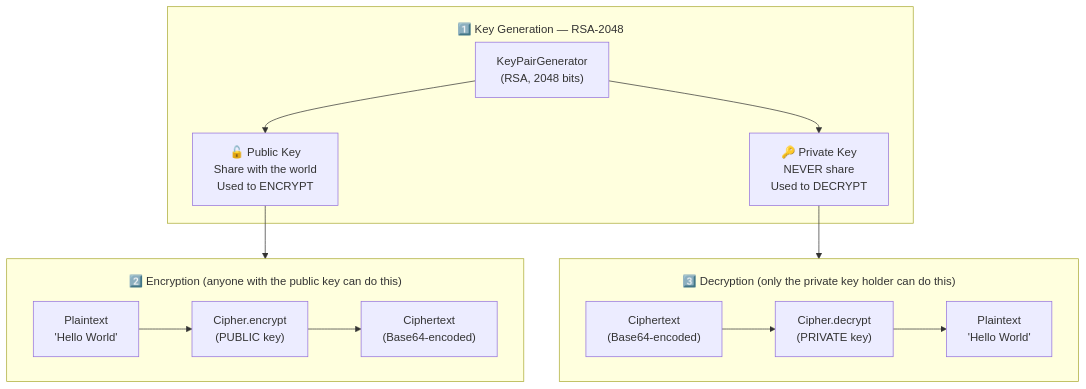
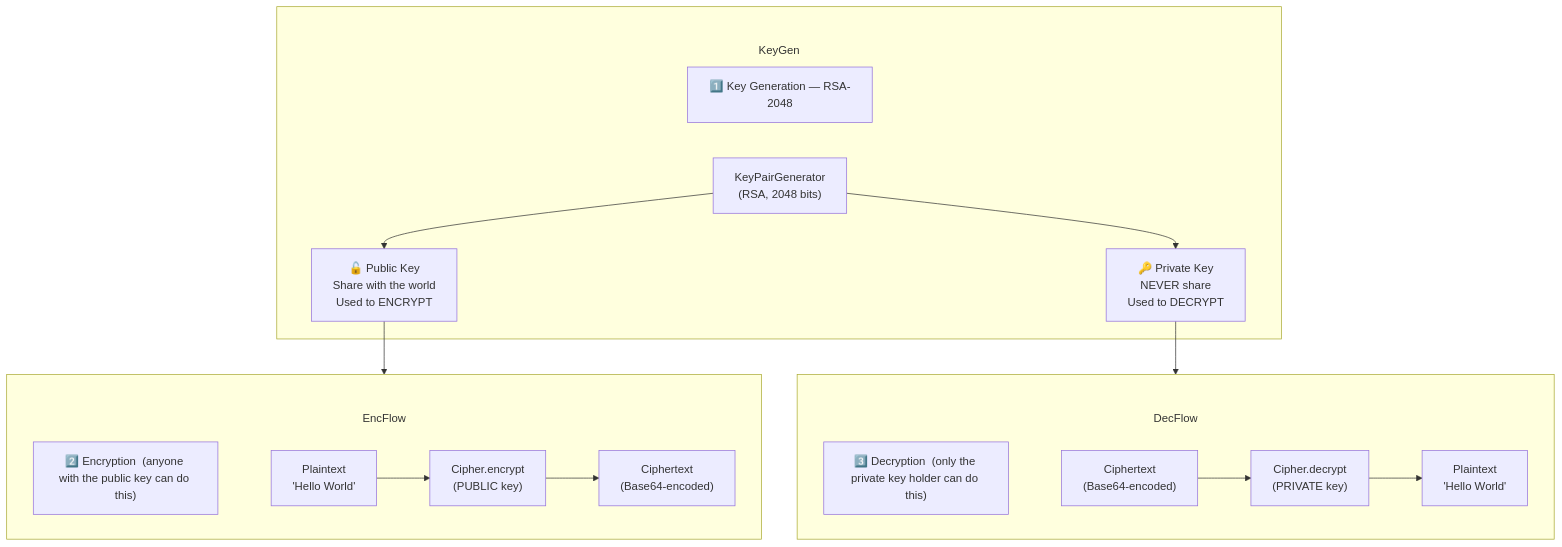
Before and after one commit to csoares/SecurityJava: the first of 3 diagrams in src/main/java/security/encryption/asymmetric/README.md, drawn with Mermaid. The commit also changed 11 other files, not shown here.

Commit message:
Fix Mermaid subgraph title overlap by moving labels into title nodes Replace subgraph label syntax (which overlaps first node) with explicit title nodes inside each subgraph, connected via invisible edges (~~~). Also increase subGraphTitleMargin top padding from 20 to 50 for extra space.

````diff
--- a/src/main/java/security/encryption/asymmetric/README.md
+++ b/src/main/java/security/encryption/asymmetric/README.md
@@ -16,28 +16,34 @@
 ```mermaid
-%%{init: {'flowchart': {'subGraphTitleMargin': {'top': 20, 'bottom': 5}}}}%%
+%%{init: {'flowchart': {'subGraphTitleMargin': {'top': 50, 'bottom': 10}}}}%%
 flowchart TD
-    subgraph KeyGen ["1️⃣ Key Generation — RSA-2048"]
+    subgraph KeyGen
+        T_KeyGen["1️⃣ Key Generation — RSA-2048"]
+        T_KeyGen ~~~ KPG
         KPG["KeyPairGenerator<br/>(RSA, 2048 bits)"]
         PUB["🔓 Public Key<br/>Share with the world<br/>Used to ENCRYPT"]
         PRIV["🔑 Private Key<br/>NEVER share<br/>Used to DECRYPT"]
         KPG --> PUB
         KPG --> PRIV
     end
 
-    subgraph EncFlow ["2️⃣ Encryption  (anyone with the public key can do this)"]
+    subgraph EncFlow
+        T_EncFlow["2️⃣ Encryption  (anyone with the public key can do this)"]
+        T_EncFlow ~~~ PT
         PT["Plaintext<br/>'Hello World'"]
         ENC["Cipher.encrypt<br/>(PUBLIC key)"]
         CT["Ciphertext<br/>(Base64-encoded)"]
         PT --> ENC --> CT
     end
 
-    subgraph DecFlow ["3️⃣ Decryption  (only the private key holder can do this)"]
+    subgraph DecFlow
+        T_DecFlow["3️⃣ Decryption  (only the private key holder can do this)"]
+        T_DecFlow ~~~ CT2
         CT2["Ciphertext<br/>(Base64-encoded)"]
         DEC["Cipher.decrypt<br/>(PRIVATE key)"]
         PT2["Plaintext<br/>'Hello World'"]
         CT2 --> DEC --> PT2
     end
 
     PUB --> EncFlow
     PRIV --> DecFlow
 ```
````
